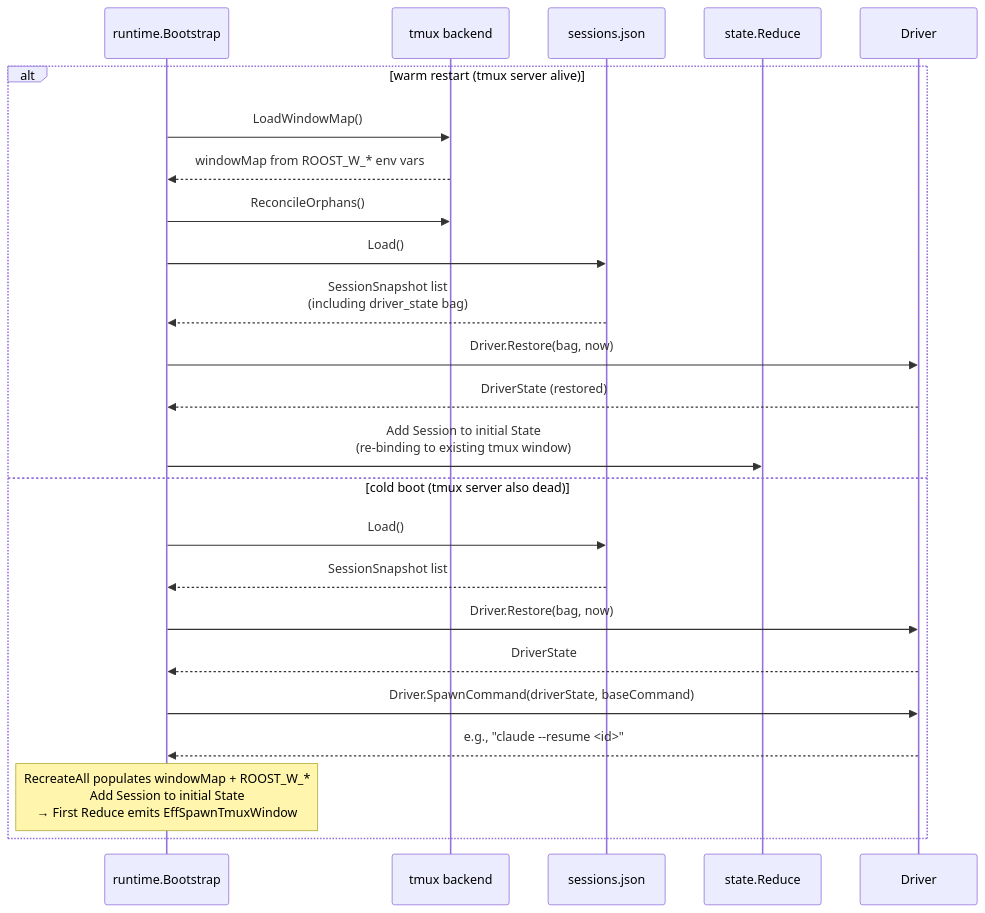
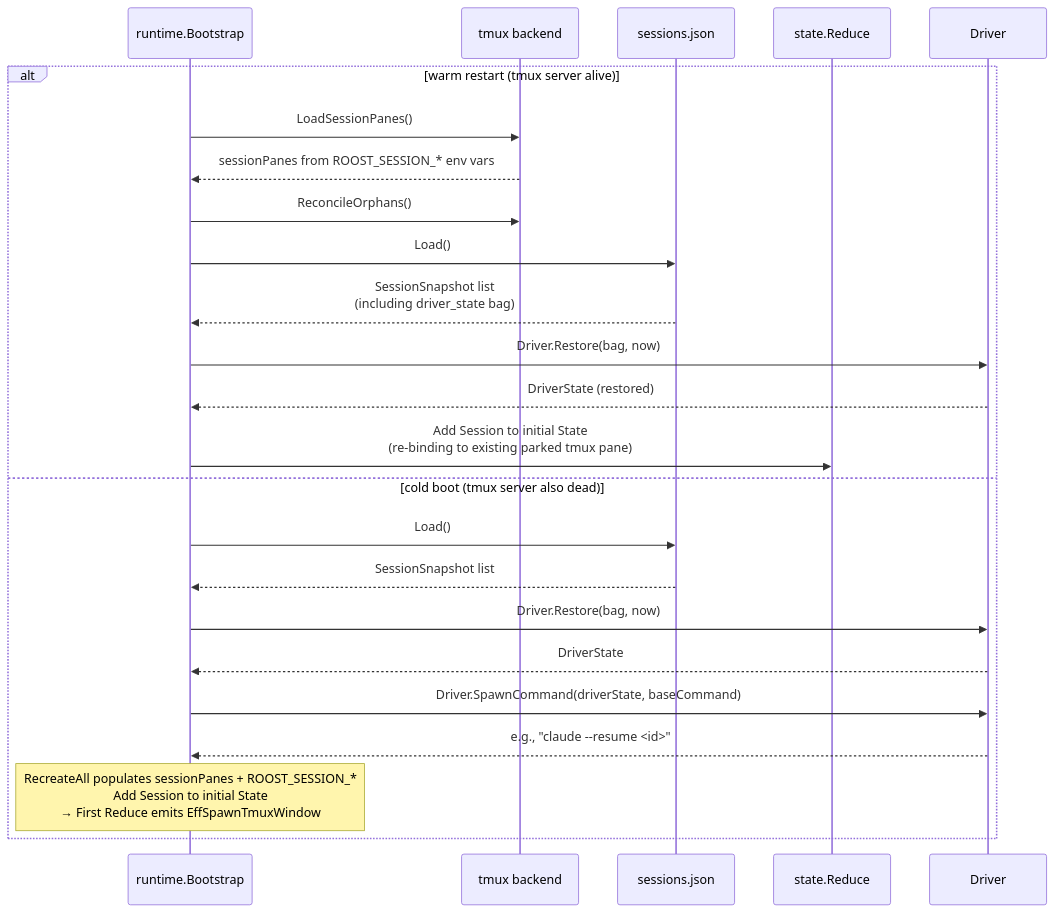
The third of 3 diagrams in docs/state-monitoring.md (takezoh/agent-roost), drawn with Mermaid before and after one commit. The commit also changed other lines of this file and 26 other files, not shown here.

````diff
--- a/docs/state-monitoring.md
+++ b/docs/state-monitoring.md
@@ -120,27 +120,27 @@
 ```mermaid
 sequenceDiagram
     participant Boot as runtime.Bootstrap
     participant Tmux as tmux backend
     participant JSON as sessions.json
     participant Red as state.Reduce
     participant Drv as Driver
 
     alt warm restart (tmux server alive)
-        Boot->>Tmux: LoadWindowMap()
-        Tmux-->>Boot: windowMap from ROOST_W_* env vars
+        Boot->>Tmux: LoadSessionPanes()
+        Tmux-->>Boot: sessionPanes from ROOST_SESSION_* env vars
         Boot->>Tmux: ReconcileOrphans()
         Boot->>JSON: Load()
         JSON-->>Boot: SessionSnapshot list<br/>(including driver_state bag)
         Boot->>Drv: Driver.Restore(bag, now)
         Drv-->>Boot: DriverState (restored)
-        Boot->>Red: Add Session to initial State<br/>(re-binding to existing tmux window)
+        Boot->>Red: Add Session to initial State<br/>(re-binding to existing parked tmux pane)
     else cold boot (tmux server also dead)
         Boot->>JSON: Load()
         JSON-->>Boot: SessionSnapshot list
         Boot->>Drv: Driver.Restore(bag, now)
         Drv-->>Boot: DriverState
         Boot->>Drv: Driver.SpawnCommand(driverState, baseCommand)
         Drv-->>Boot: e.g., "claude --resume <id>"
-        Note over Boot: RecreateAll populates windowMap + ROOST_W_*<br/>Add Session to initial State<br/>→ First Reduce emits EffSpawnTmuxWindow
+        Note over Boot: RecreateAll populates sessionPanes + ROOST_SESSION_*<br/>Add Session to initial State<br/>→ First Reduce emits EffSpawnTmuxWindow
     end
 ```
````
